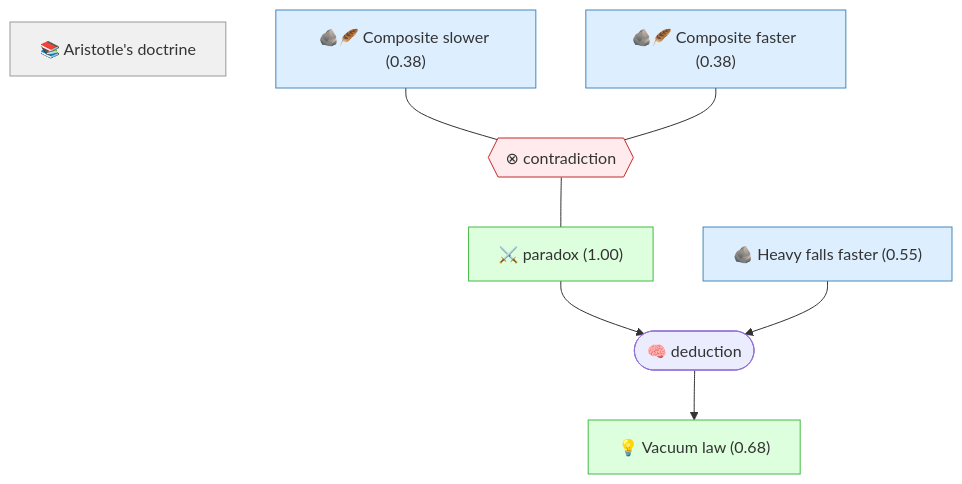
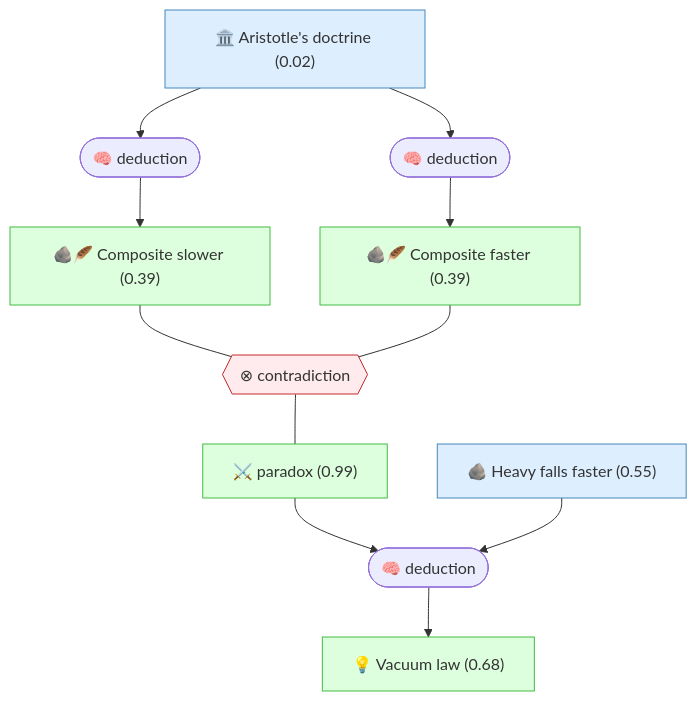
One commit to SiliconEinstein/Gaia changed the diagram in README.md. Above: the diagram before and after it, drawn with Mermaid. The commit also changed other lines of this file, not shown here.

First line of the commit message:
fix(readme): Aristotle as claim + expanded explanations + prior→belief table

````diff
--- a/README.md
+++ b/README.md
@@ -39,22 +49,28 @@
 ```mermaid
 graph TD
-    aristotle["📚 Aristotle's doctrine"]:::setting
+    aristotle["🏛️ Aristotle's doctrine (0.02)"]:::premise
     heavy_faster["🪨 Heavy falls faster (0.55)"]:::premise
-    composite_slower["🪨🪶 Composite slower (0.38)"]:::premise
-    composite_faster["🪨🪶 Composite faster (0.38)"]:::premise
+    composite_slower["🪨🪶 Composite slower (0.39)"]:::derived
+    composite_faster["🪨🪶 Composite faster (0.39)"]:::derived
     vacuum_law["💡 Vacuum law (0.68)"]:::derived
-    paradox["⚔️ paradox (1.00)"]:::derived
+    paradox["⚔️ paradox (0.99)"]:::derived
     strat_0(["🧠 deduction"])
-    paradox --> strat_0
-    heavy_faster --> strat_0
-    strat_0 --> vacuum_law
+    aristotle --> strat_0
+    strat_0 --> composite_slower
+    strat_1(["🧠 deduction"])
+    aristotle --> strat_1
+    strat_1 --> composite_faster
+    strat_2(["🧠 deduction"])
+    paradox --> strat_2
+    heavy_faster --> strat_2
+    strat_2 --> vacuum_law
     oper_0{{"⊗ contradiction"}}:::contra
     composite_slower --- oper_0
     composite_faster --- oper_0
     oper_0 --- paradox
 
     classDef setting fill:#f0f0f0,stroke:#999,color:#333
     classDef premise fill:#ddeeff,stroke:#4488bb,color:#333
     classDef derived fill:#ddffdd,stroke:#44bb44,color:#333
     classDef contra fill:#ffebee,stroke:#c62828,color:#333
 ```
````
